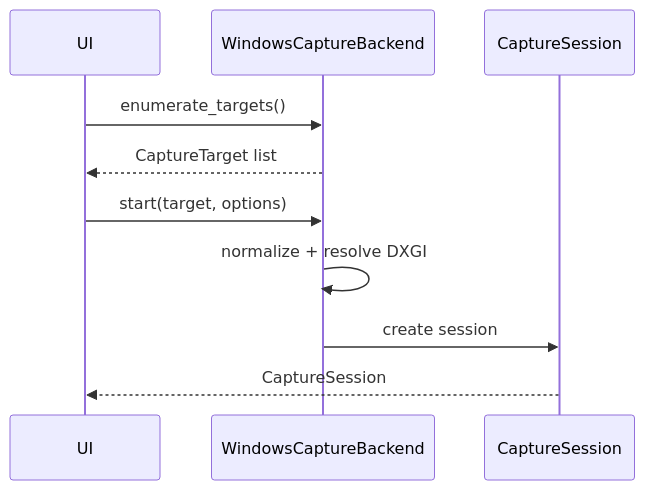
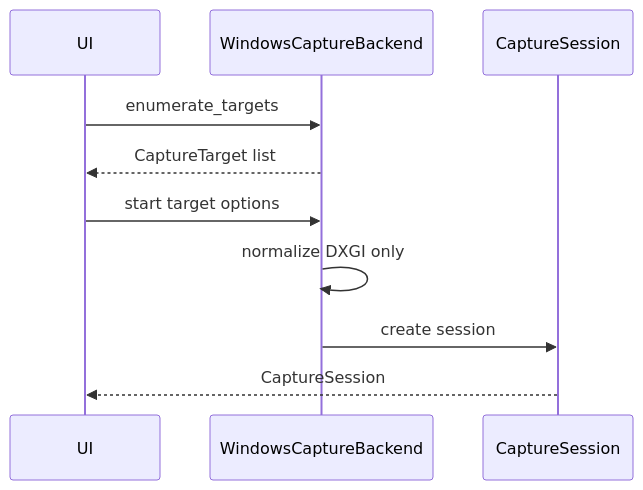
Before and after one commit to NAMUORI00/display-share: the second of 8 diagrams in 파이프라인.md, drawn with Mermaid. The commit also changed other lines of this file and 25 other files, not shown here.

First line of the commit message:
docs(wiki): complete pages for current privacy/DXGI architecture

````diff
--- a/파이프라인.md
+++ b/파이프라인.md
@@ -59,13 +53,12 @@
 ```mermaid
 sequenceDiagram
   participant U as UI
   participant B as WindowsCaptureBackend
   participant S as CaptureSession
-
-  U->>B: enumerate_targets()
+  U->>B: enumerate_targets
   B-->>U: CaptureTarget list
-  U->>B: start(target, options)
-  B->>B: normalize + resolve DXGI
+  U->>B: start target options
+  B->>B: normalize DXGI only
   B->>S: create session
   S-->>U: CaptureSession
 ```
````
